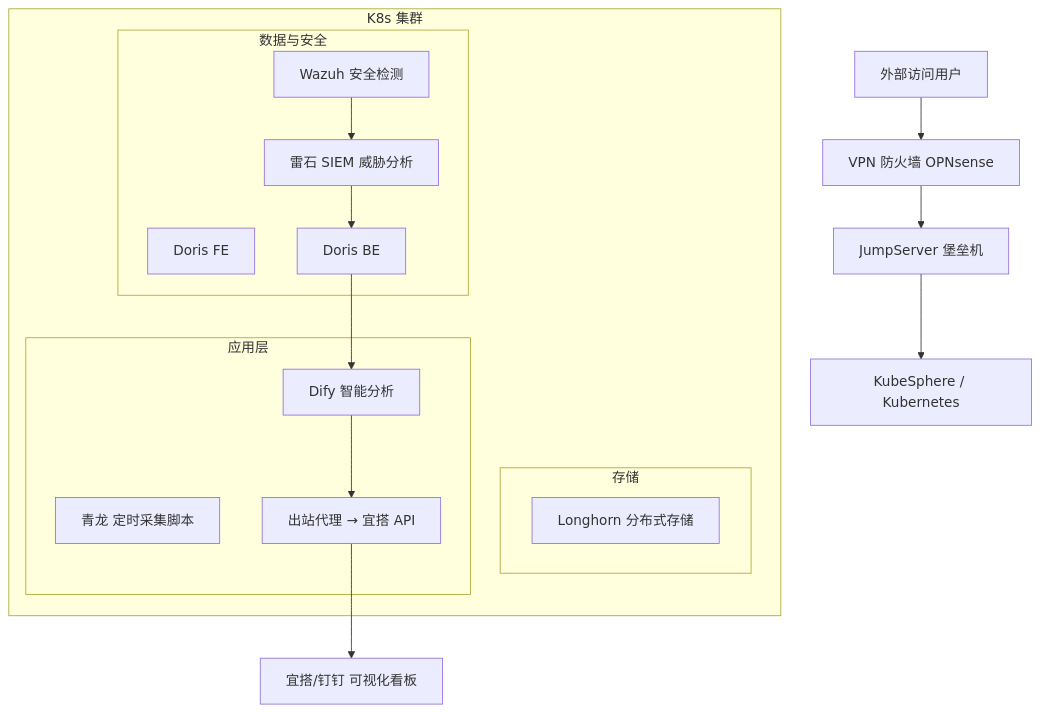
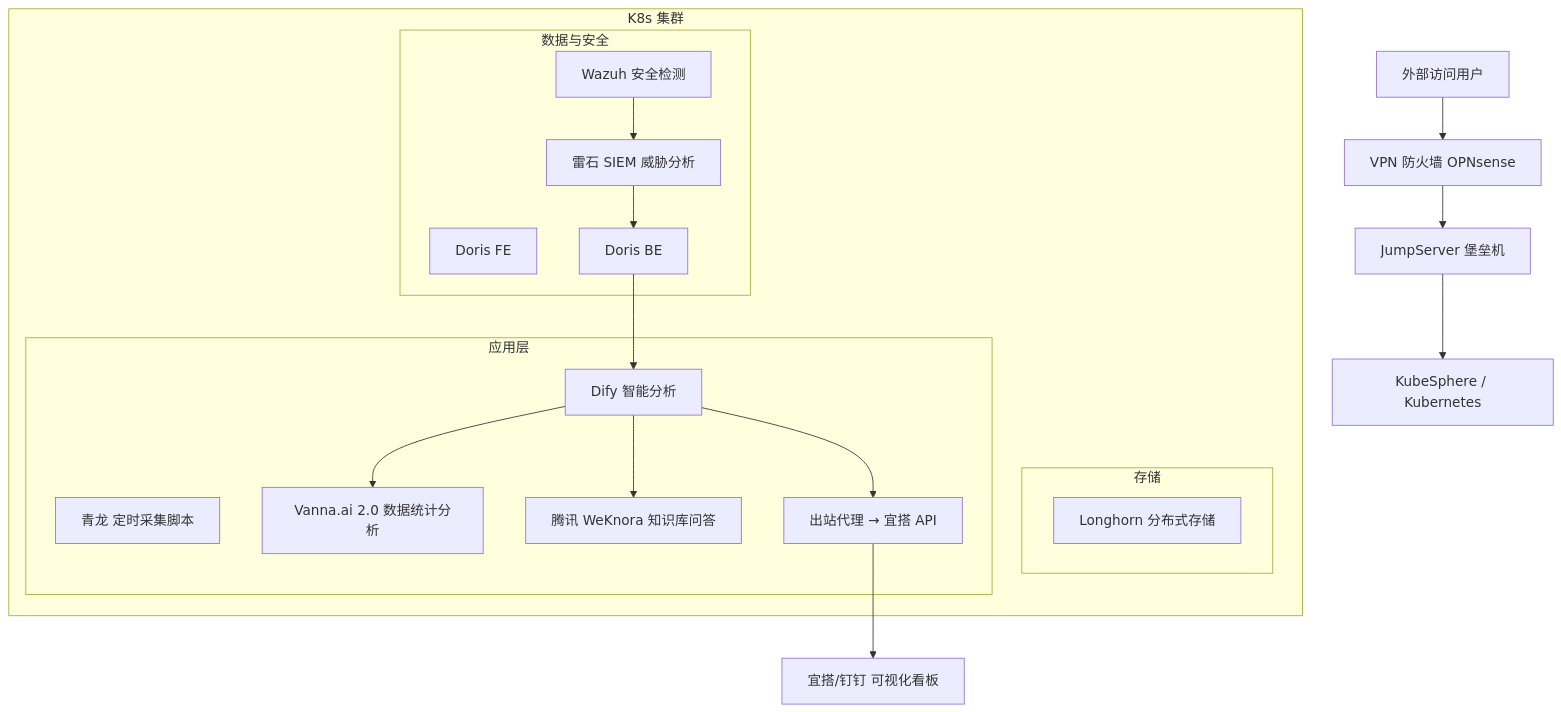
The diagram in README.md (borisliu/xuanwu-secureops-stack), drawn with Mermaid before and after one commit. The commit also changed other lines of this file and 1 other file, not shown here.

Commit message:
docs: document vanna and weknora integrations

````diff
--- a/README.md
+++ b/README.md
@@ -27,28 +27,32 @@
 ```mermaid
 graph TD
     U1[外部访问用户] --> VPN[VPN 防火墙 OPNsense]
     VPN --> BH[JumpServer 堡垒机]
     BH --> K8s[KubeSphere / Kubernetes]
 
     subgraph "K8s 集群"
         subgraph 存储
             LH[Longhorn 分布式存储]
         end
 
         subgraph "数据与安全"
             FE[Doris FE]
             BE[Doris BE]
             WZ[Wazuh 安全检测]
             LS[雷石 SIEM 威胁分析]
         end
 
         subgraph 应用层
             QL[青龙 定时采集脚本]
             DF[Dify 智能分析]
+            VNA[Vanna.ai 2.0 数据统计分析]
+            WEK[腾讯 WeKnora 知识库问答]
             OUT[出站代理 → 宜搭 API]
         end
     end
 
+    DF --> VNA
+    DF --> WEK
     BE --> DF --> OUT --> YD[宜搭/钉钉 可视化看板]
     WZ --> LS --> BE
 ```
````
